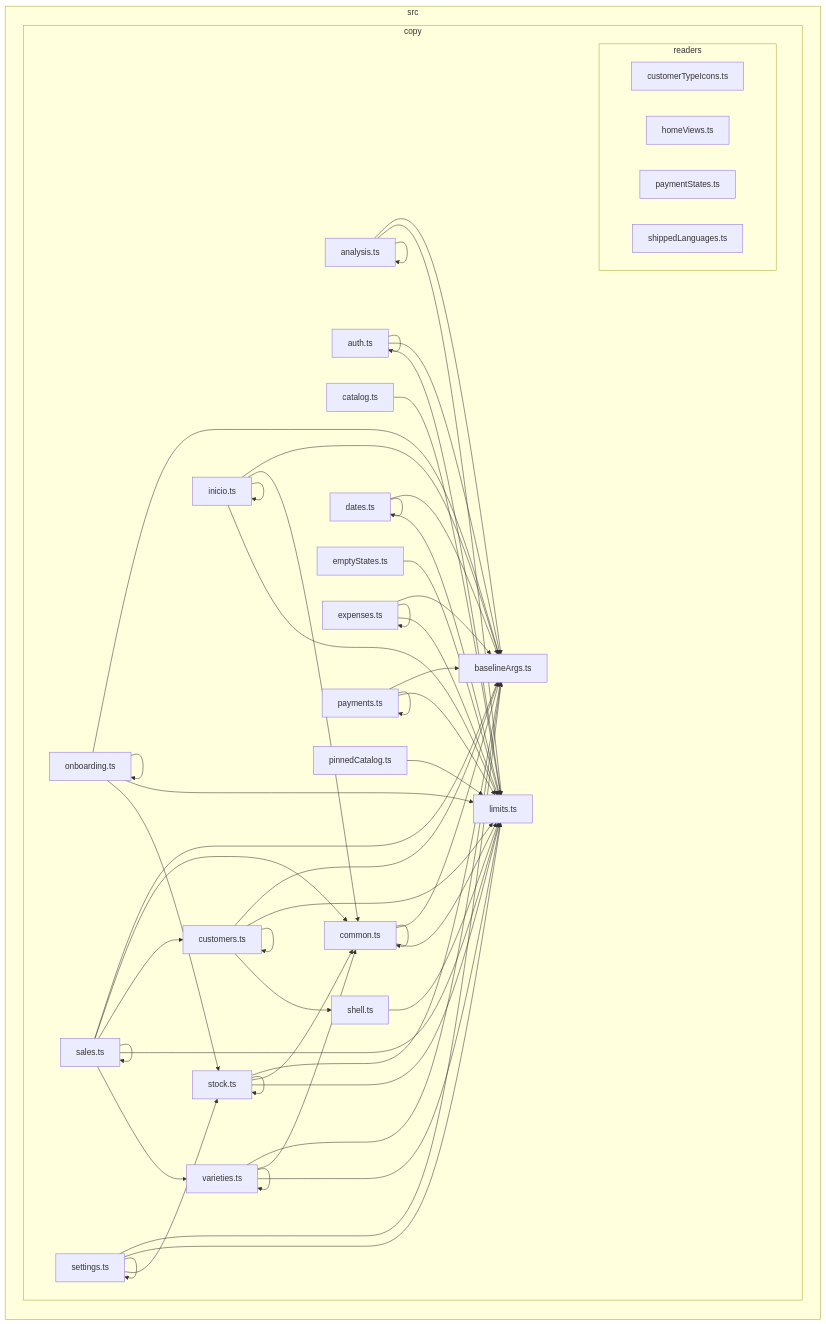
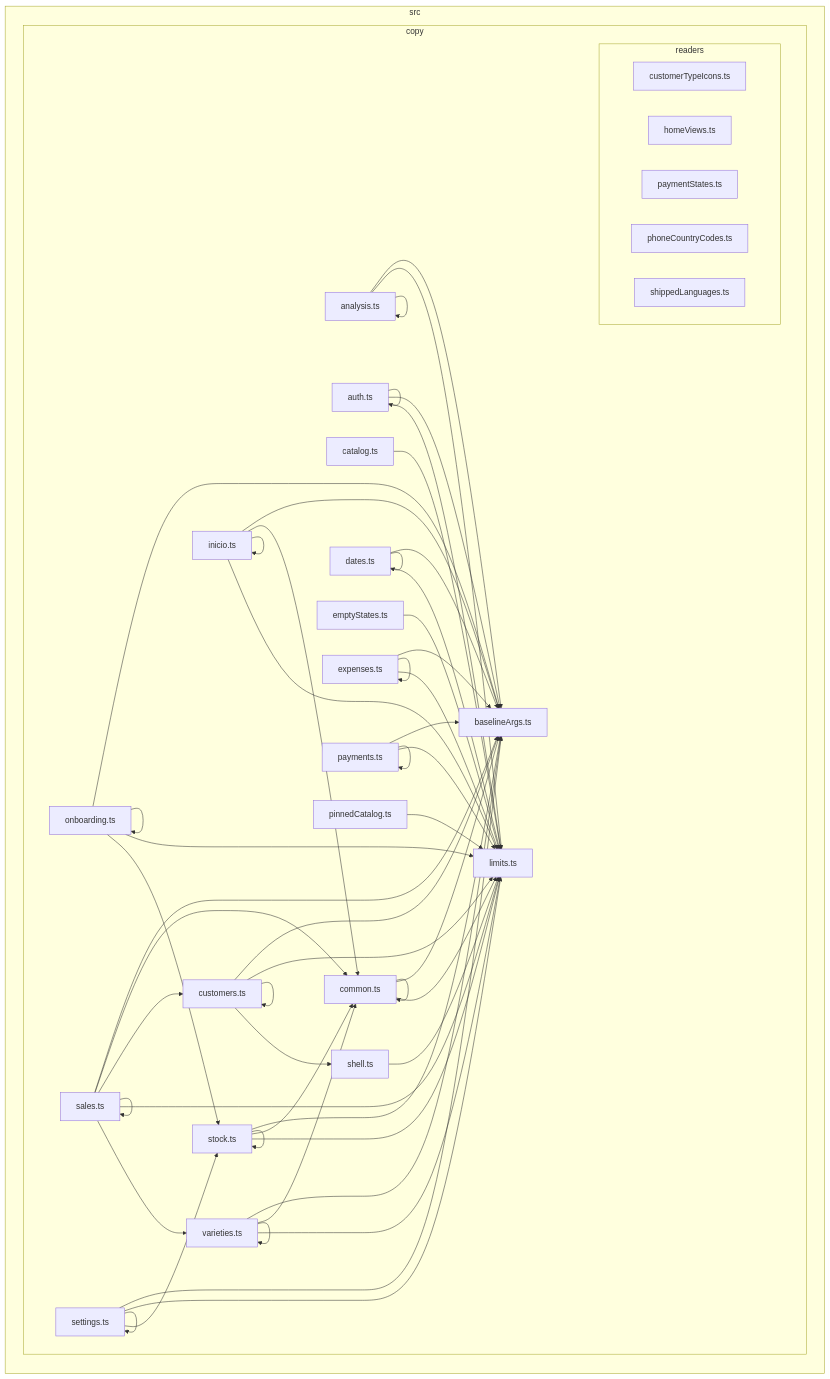
One commit to GonzaloZevallos/apostrophe changed the diagram in docs/architecture/generated/front-modules/copy.md. Above: the diagram before and after it, drawn with Mermaid. The commit also changed 5 other files, not shown here.

Commit message:
GH-592: keep the Phone country codes in a reader beside the Copy module, not as copy text

```diff
--- a/docs/architecture/generated/front-modules/copy.md
+++ b/docs/architecture/generated/front-modules/copy.md
@@ -12,6 +12,7 @@
       src_copy_readers_customerTypeIcons_ts["customerTypeIcons.ts"]
       src_copy_readers_homeViews_ts["homeViews.ts"]
       src_copy_readers_paymentStates_ts["paymentStates.ts"]
+      src_copy_readers_phoneCountryCodes_ts["phoneCountryCodes.ts"]
       src_copy_readers_shippedLanguages_ts["shippedLanguages.ts"]
     end
     src_copy_analysis_ts["analysis.ts"]
```
